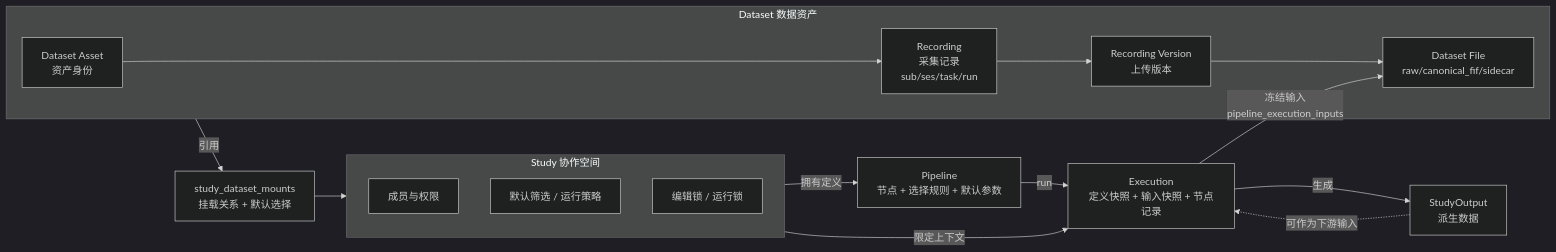
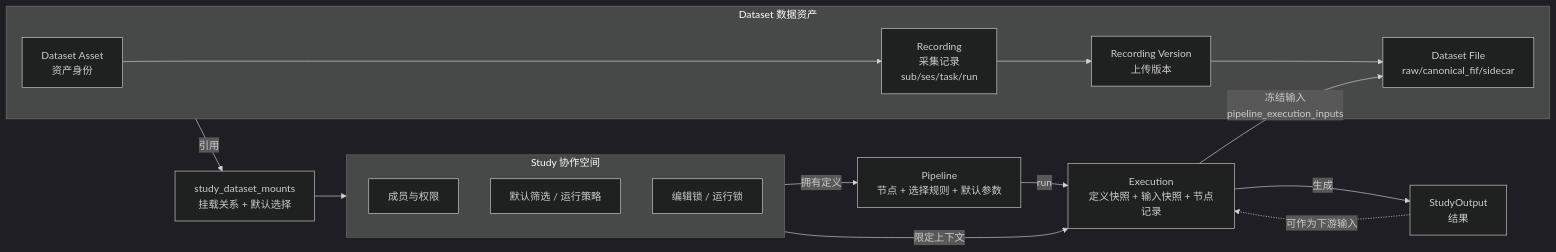
One commit to NoraJinxy/Niantong_GH_version changed the diagram in wiki/docs/5-00-研究管理总览.md. Above: the diagram before and after it, drawn with Mermaid (dark theme). The commit also changed 21 other files, not shown here.

````diff
--- a/wiki/docs/5-00-研究管理总览.md
+++ b/wiki/docs/5-00-研究管理总览.md
@@ -43,27 +43,27 @@
 ```mermaid
 flowchart LR
   subgraph DS[Dataset 数据资产]
     Asset[Dataset Asset<br/>资产身份]
     Rec[Recording<br/>采集记录<br/>sub/ses/task/run]
     Ver[Recording Version<br/>上传版本]
     File[Dataset File<br/>raw/canonical_fif/sidecar]
     Asset --> Rec --> Ver --> File
   end
   Mount[study_dataset_mounts<br/>挂载关系 + 默认选择]
   subgraph ST[Study 协作空间]
     Members[成员与权限]
     Settings[默认筛选 / 运行策略]
     Locks[编辑锁 / 运行锁]
   end
   Pipe[Pipeline<br/>节点 + 选择规则 + 默认参数]
   Execution[Execution<br/>定义快照 + 输入快照 + 节点记录]
-  Derived[StudyOutput<br/>派生数据]
+  Derived[StudyOutput<br/>结果]
 
   DS -->|引用| Mount --> ST
   ST -->|拥有定义| Pipe
   Pipe -->|run| Execution
   ST -->|限定上下文| Execution
   Execution -->|冻结输入<br/>pipeline_execution_inputs| File
   Execution -->|生成| Derived
   Derived -.->|可作为下游输入| Execution
 ```
````
